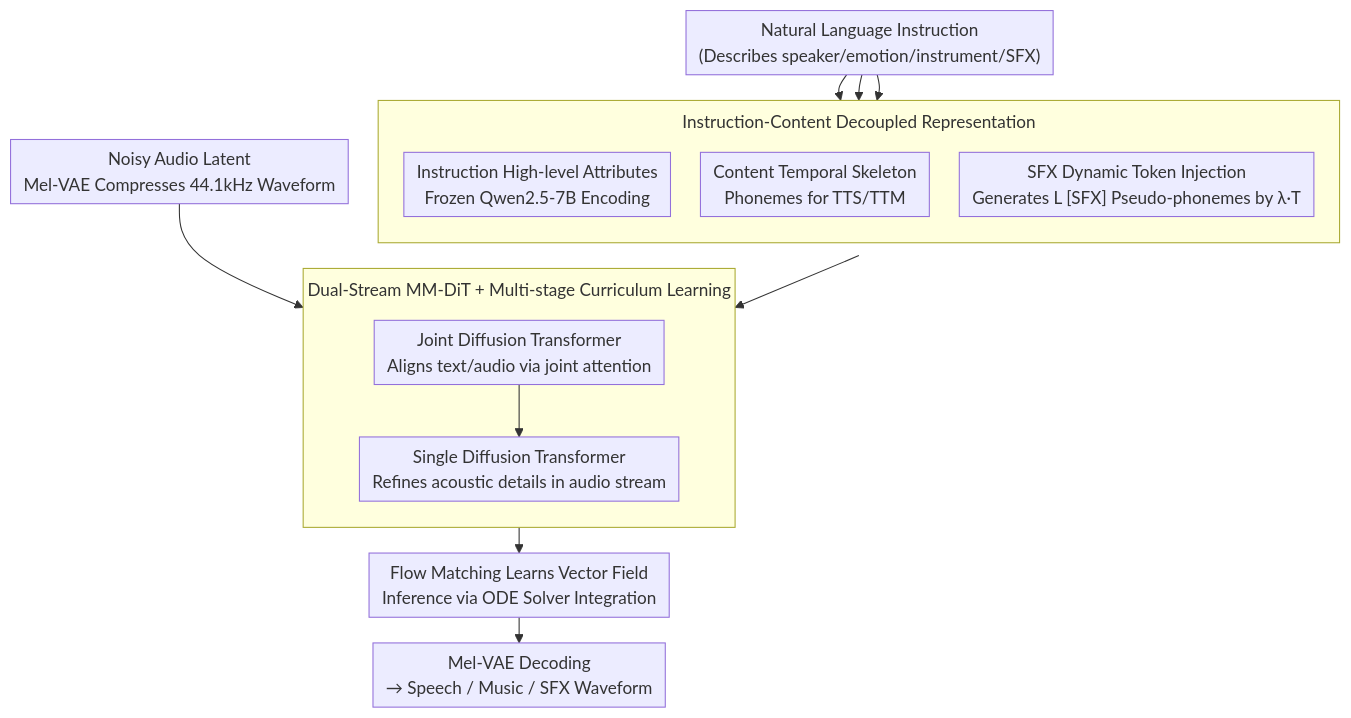
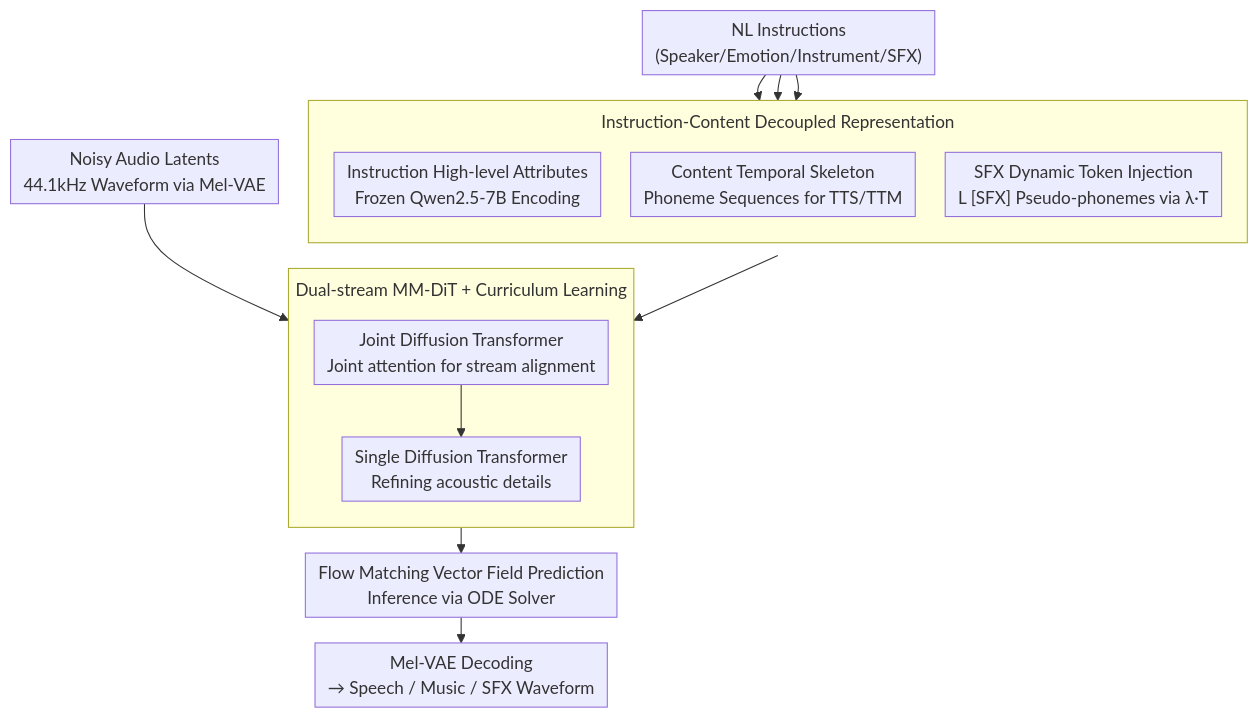
Before and after one commit to zhaoyang97/Paper-Notes-en: the diagram in docs/ACL2026/audio_speech/unisonate_a_unified_model_for_speech_music_and_sound_effect_generation_with_text.md, drawn with Mermaid. The commit also changed other lines of this file and 5084 other files, not shown here.

````diff
--- a/docs/ACL2026/audio_speech/unisonate_a_unified_model_for_speech_music_and_sound_effect_generation_with_text.md
+++ b/docs/ACL2026/audio_speech/unisonate_a_unified_model_for_speech_music_and_sound_effect_generation_with_text.md
@@ -46,25 +46,25 @@
 ```mermaid
 %%{init: {'flowchart': {'rankSpacing': 24, 'nodeSpacing': 28, 'padding': 6, 'wrappingWidth': 400, 'subGraphTitleMargin': {'top': 8, 'bottom': 16}}}}%%
 flowchart TD
-    IN["Natural Language Instruction<br/>(Describes speaker/emotion/instrument/SFX)"]
+    IN["NL Instructions<br/>(Speaker/Emotion/Instrument/SFX)"]
     subgraph COND["Instruction-Content Decoupled Representation"]
         direction TB
         INS["Instruction High-level Attributes<br/>Frozen Qwen2.5-7B Encoding"]
-        CON["Content Temporal Skeleton<br/>Phonemes for TTS/TTM"]
-        SFX["SFX Dynamic Token Injection<br/>Generates L [SFX] Pseudo-phonemes by λ·T"]
+        CON["Content Temporal Skeleton<br/>Phoneme Sequences for TTS/TTM"]
+        SFX["SFX Dynamic Token Injection<br/>L [SFX] Pseudo-phonemes via λ·T"]
     end
-    AUD["Noisy Audio Latent<br/>Mel-VAE Compresses 44.1kHz Waveform"]
-    subgraph MMDIT["Dual-Stream MM-DiT + Multi-stage Curriculum Learning"]
+    AUD["Noisy Audio Latents<br/>44.1kHz Waveform via Mel-VAE"]
+    subgraph MMDIT["Dual-stream MM-DiT + Curriculum Learning"]
         direction TB
-        JOINT["Joint Diffusion Transformer<br/>Aligns text/audio via joint attention"]
-        SINGLE["Single Diffusion Transformer<br/>Refines acoustic details in audio stream"]
+        JOINT["Joint Diffusion Transformer<br/>Joint attention for stream alignment"]
+        SINGLE["Single Diffusion Transformer<br/>Refining acoustic details"]
         JOINT --> SINGLE
     end
     IN --> INS
     IN --> CON
     IN --> SFX
     COND --> JOINT
     AUD --> JOINT
-    SINGLE --> FM["Flow Matching Learns Vector Field<br/>Inference via ODE Solver Integration"]
+    SINGLE --> FM["Flow Matching Vector Field Prediction<br/>Inference via ODE Solver"]
     FM --> OUT["Mel-VAE Decoding<br/>→ Speech / Music / SFX Waveform"]
 ```
````
